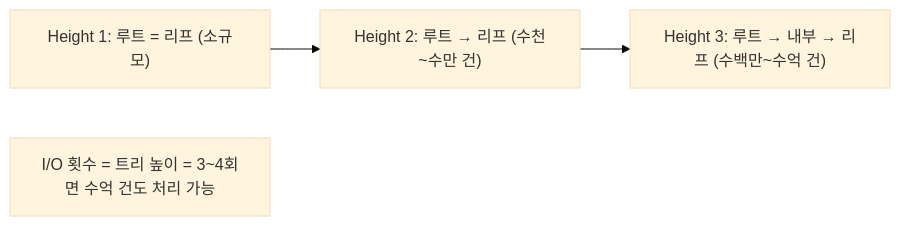
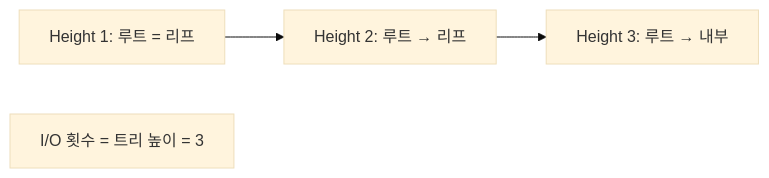
The second of 5 diagrams in _posts/db/2026-05-01-db-index.md (yjkim2015/yjkim2015.github.io), drawn with Mermaid (base theme) before and after one commit. The commit also changed other lines of this file and 271 other files, not shown here.

First line of the commit message:
Mermaid 라벨 축소: 긴 노드 텍스트 18자 이하로 트림 + \n 제거

````diff
--- a/_posts/db/2026-05-01-db-index.md
+++ b/_posts/db/2026-05-01-db-index.md
@@ -62,8 +62,8 @@
 ```mermaid
 graph LR
-    H1["Height 1: 루트 = 리프 (소규모)"]
-    H2["Height 2: 루트 → 리프 (수천~수만 건)"]
-    H3["Height 3: 루트 → 내부 → 리프 (수백만~수억 건)"]
+    H1["Height 1: 루트 = 리프"]
+    H2["Height 2: 루트 → 리프"]
+    H3["Height 3: 루트 → 내부"]
     H1 --> H2 --> H3
-    note["I/O 횟수 = 트리 높이 = 3~4회면 수억 건도 처리 가능"]
+    note["I/O 횟수 = 트리 높이 = 3"]
 ```
````
